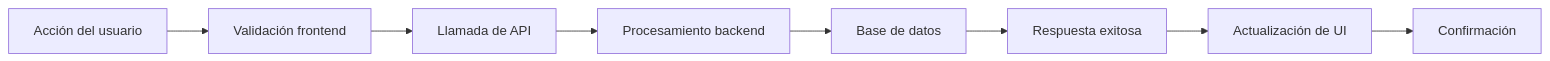
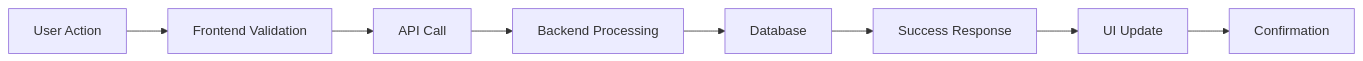
One commit to gonzoblasco/kanam-skills changed the first of 2 diagrams in skills/spec-driven-development/SKILL.md. Above: the diagram before and after it, drawn with Mermaid. The commit also changed other lines of this file and 55 other files, not shown here.

````diff
--- a/skills/spec-driven-development/SKILL.md
+++ b/skills/spec-driven-development/SKILL.md
@@ -157,10 +157,10 @@
 ```mermaid
 graph LR
-  A[Acción del usuario] --> B[Validación frontend]
-  B --> C[Llamada de API]
-  C --> D[Procesamiento backend]
-  D --> E[Base de datos]
-  E --> F[Respuesta exitosa]
-  F --> G[Actualización de UI]
-  G --> H[Confirmación]
+  A[User Action] --> B[Frontend Validation]
+  B --> C[API Call]
+  C --> D[Backend Processing]
+  D --> E[Database]
+  E --> F[Success Response]
+  F --> G[UI Update]
+  G --> H[Confirmation]
 ```
````
